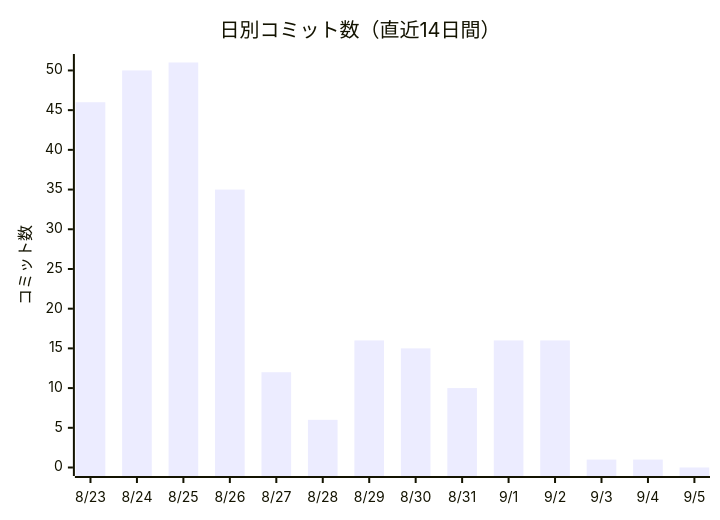
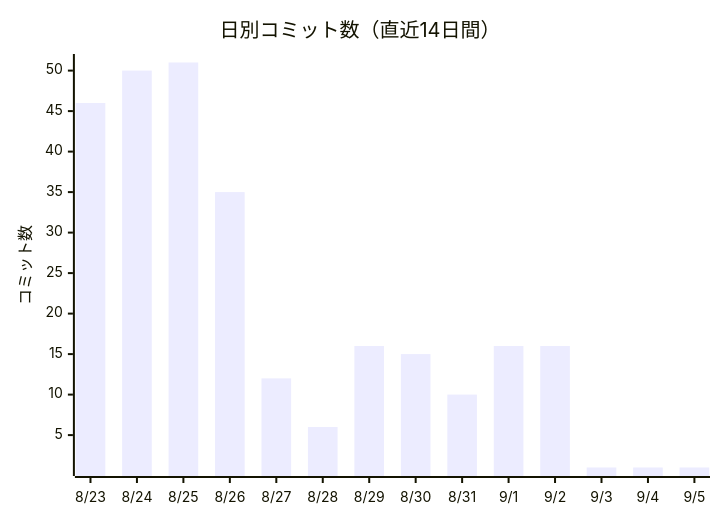
Before and after one commit to non-x2/non-x2: the first of 2 diagrams in docs/進化レポート.md, drawn with Mermaid. The commit also changed other lines of this file and 2 other files, not shown here.

````diff
--- a/docs/進化レポート.md
+++ b/docs/進化レポート.md
@@ -23,7 +23,7 @@
 ```mermaid
 xychart-beta
     title "日別コミット数（直近14日間）"
     x-axis ["8/23", "8/24", "8/25", "8/26", "8/27", "8/28", "8/29", "8/30", "8/31", "9/1", "9/2", "9/3", "9/4", "9/5"]
     y-axis "コミット数"
-    bar [46, 50, 51, 35, 12, 6, 16, 15, 10, 16, 16, 1, 1, 0]
+    bar [46, 50, 51, 35, 12, 6, 16, 15, 10, 16, 16, 1, 1, 1]
 ```
````
